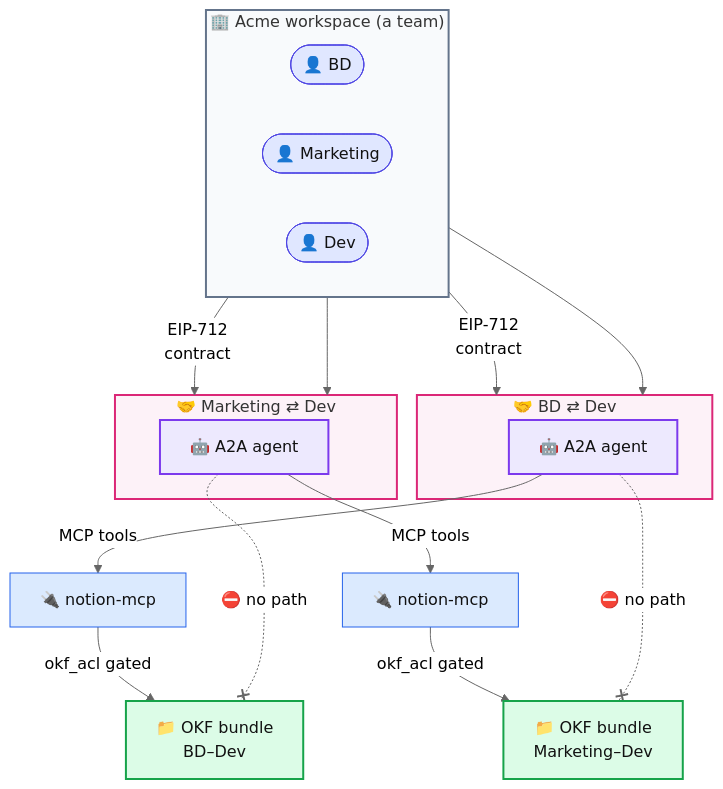
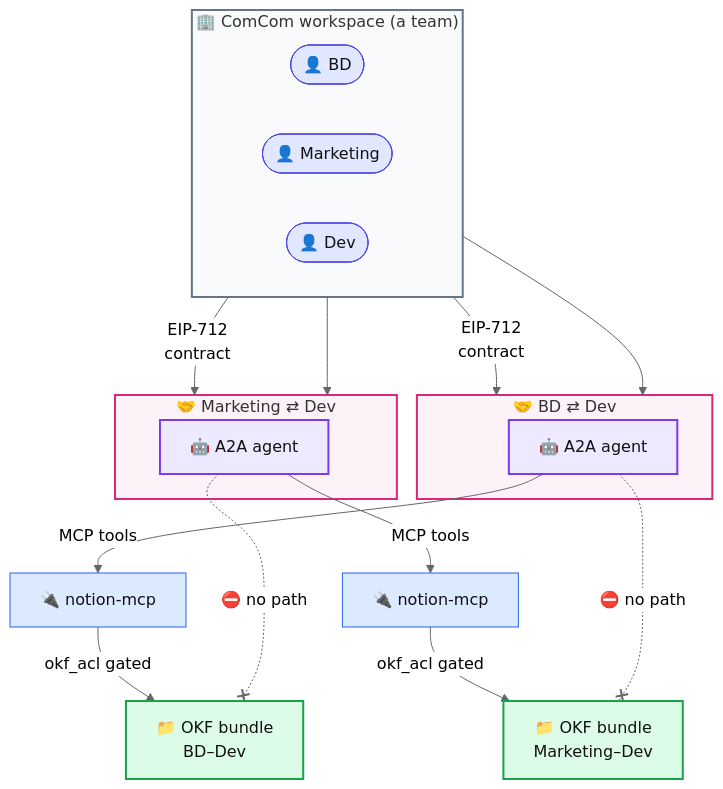
The diagram in README.md (ainetwork-ai/relational-agents), drawn with Mermaid (neutral theme) before and after one commit.

Commit message:
Name the example workspace ComCom

````diff
--- a/README.md
+++ b/README.md
@@ -79,40 +79,40 @@
 ```mermaid
 flowchart TB
-    subgraph WS["🏢 Acme workspace (a team)"]
+    subgraph WS["🏢 ComCom workspace (a team)"]
         direction LR
         BD(["👤 BD"])
         MK(["👤 Marketing"])
         DV(["👤 Dev"])
     end
 
     subgraph REL1["🤝 BD ⇄ Dev"]
         A1["🤖 A2A agent"]
     end
     subgraph REL2["🤝 Marketing ⇄ Dev"]
         A2["🤖 A2A agent"]
     end
 
     BD -->|"EIP-712<br/>contract"| REL1
     DV --> REL1
     MK -->|"EIP-712<br/>contract"| REL2
     DV --> REL2
 
     A1 -->|"MCP tools"| M1["🔌 notion-mcp"] -->|"okf_acl gated"| O1["📁 OKF bundle<br/>BD–Dev"]
     A2 -->|"MCP tools"| M2["🔌 notion-mcp"] -->|"okf_acl gated"| O2["📁 OKF bundle<br/>Marketing–Dev"]
 
     A1 -. "⛔ no path" .-x O2
     A2 -. "⛔ no path" .-x O1
 
     style WS fill:#f8fafc,stroke:#64748b,stroke-width:2px
     style BD fill:#e0e7ff,stroke:#4f46e5,color:#111
     style MK fill:#e0e7ff,stroke:#4f46e5,color:#111
     style DV fill:#e0e7ff,stroke:#4f46e5,color:#111
     style REL1 fill:#fdf2f8,stroke:#db2777,stroke-width:2px
     style REL2 fill:#fdf2f8,stroke:#db2777,stroke-width:2px
     style A1 fill:#ede9fe,stroke:#7c3aed,stroke-width:2px,color:#111
     style A2 fill:#ede9fe,stroke:#7c3aed,stroke-width:2px,color:#111
     style M1 fill:#dbeafe,stroke:#2563eb,color:#111
     style M2 fill:#dbeafe,stroke:#2563eb,color:#111
     style O1 fill:#dcfce7,stroke:#16a34a,stroke-width:2px,color:#111
     style O2 fill:#dcfce7,stroke:#16a34a,stroke-width:2px,color:#111
 ```
````
